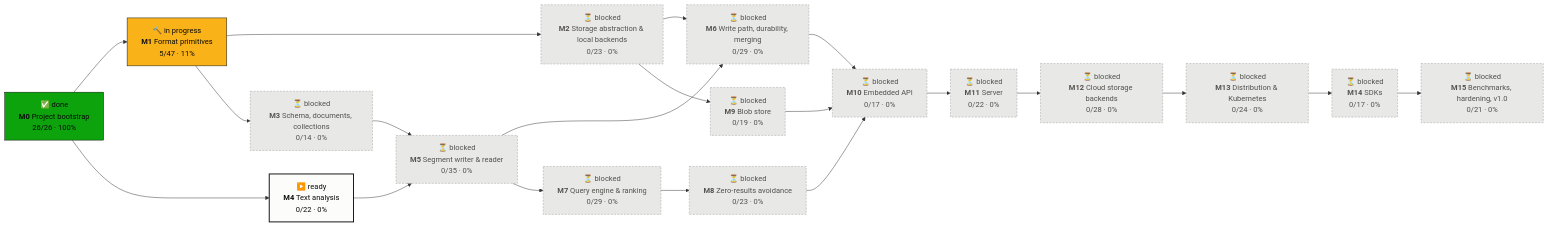
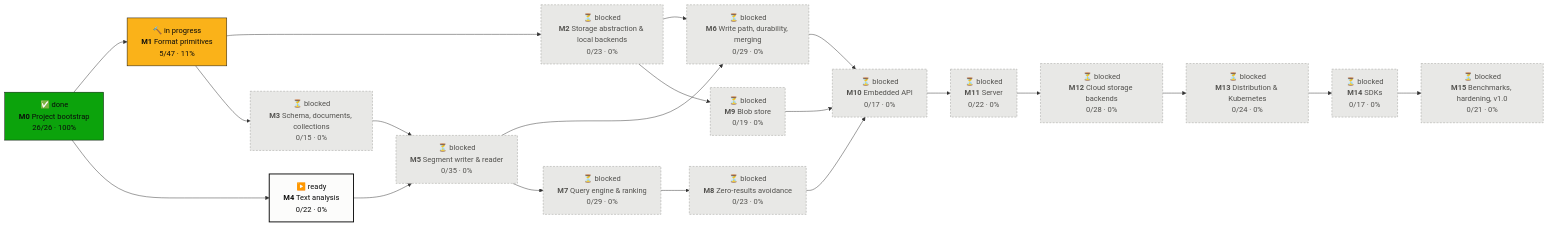
Before and after one commit to tomiok/persiaDB: the first of 2 diagrams in PROGRESS.md, drawn with Mermaid. The commit also changed other lines of this file and 22 other files, not shown here.

````diff
--- a/PROGRESS.md
+++ b/PROGRESS.md
@@ -14,42 +14,42 @@
 ```mermaid
 flowchart LR
   M0["✅ done<br/><b>M0</b> Project bootstrap<br/>26/26 · 100%"]:::done
   M1["🔨 in progress<br/><b>M1</b> Format primitives<br/>5/47 · 11%"]:::doing
   M2["⏳ blocked<br/><b>M2</b> Storage abstraction & local backends<br/>0/23 · 0%"]:::blocked
-  M3["⏳ blocked<br/><b>M3</b> Schema, documents, collections<br/>0/14 · 0%"]:::blocked
+  M3["⏳ blocked<br/><b>M3</b> Schema, documents, collections<br/>0/15 · 0%"]:::blocked
   M4["▶️ ready<br/><b>M4</b> Text analysis<br/>0/22 · 0%"]:::ready
   M5["⏳ blocked<br/><b>M5</b> Segment writer & reader<br/>0/35 · 0%"]:::blocked
   M6["⏳ blocked<br/><b>M6</b> Write path, durability, merging<br/>0/29 · 0%"]:::blocked
   M7["⏳ blocked<br/><b>M7</b> Query engine & ranking<br/>0/29 · 0%"]:::blocked
   M8["⏳ blocked<br/><b>M8</b> Zero-results avoidance<br/>0/23 · 0%"]:::blocked
   M9["⏳ blocked<br/><b>M9</b> Blob store<br/>0/19 · 0%"]:::blocked
   M10["⏳ blocked<br/><b>M10</b> Embedded API<br/>0/17 · 0%"]:::blocked
   M11["⏳ blocked<br/><b>M11</b> Server<br/>0/22 · 0%"]:::blocked
   M12["⏳ blocked<br/><b>M12</b> Cloud storage backends<br/>0/28 · 0%"]:::blocked
   M13["⏳ blocked<br/><b>M13</b> Distribution & Kubernetes<br/>0/24 · 0%"]:::blocked
   M14["⏳ blocked<br/><b>M14</b> SDKs<br/>0/17 · 0%"]:::blocked
   M15["⏳ blocked<br/><b>M15</b> Benchmarks, hardening, v1.0<br/>0/21 · 0%"]:::blocked
   M0 --> M1
   M1 --> M2
   M1 --> M3
   M0 --> M4
   M3 --> M5
   M4 --> M5
   M2 --> M6
   M5 --> M6
   M5 --> M7
   M7 --> M8
   M2 --> M9
   M6 --> M10
   M8 --> M10
   M9 --> M10
   M10 --> M11
   M11 --> M12
   M12 --> M13
   M13 --> M14
   M14 --> M15
   classDef done fill:#0ca30c,stroke:#0b0b0b,color:#0b0b0b
   classDef doing fill:#fab219,stroke:#0b0b0b,color:#0b0b0b
   classDef ready fill:#fcfcfb,stroke:#0b0b0b,stroke-width:2px,color:#0b0b0b
   classDef blocked fill:#e8e8e6,stroke:#9a9a96,stroke-dasharray:4 3,color:#52514e
 ```
````
